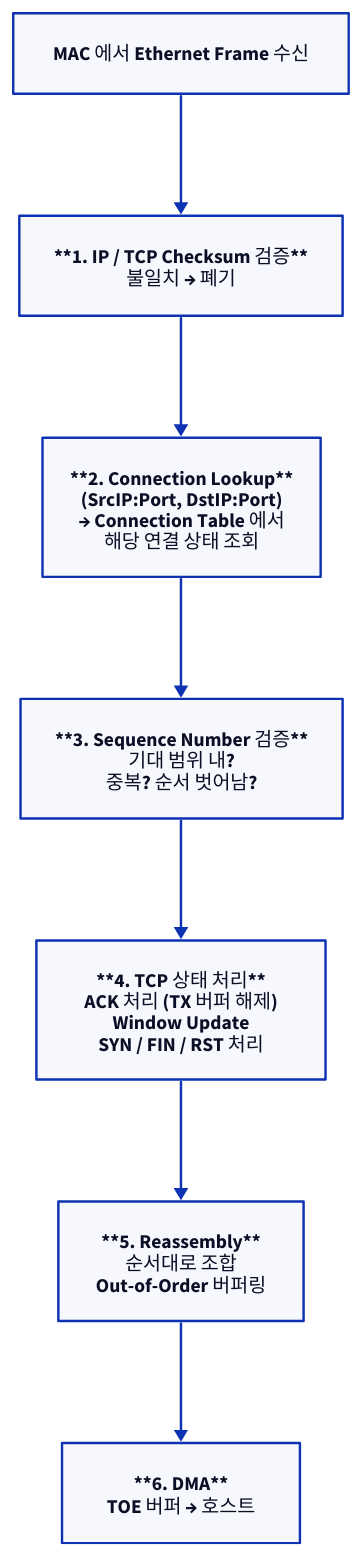
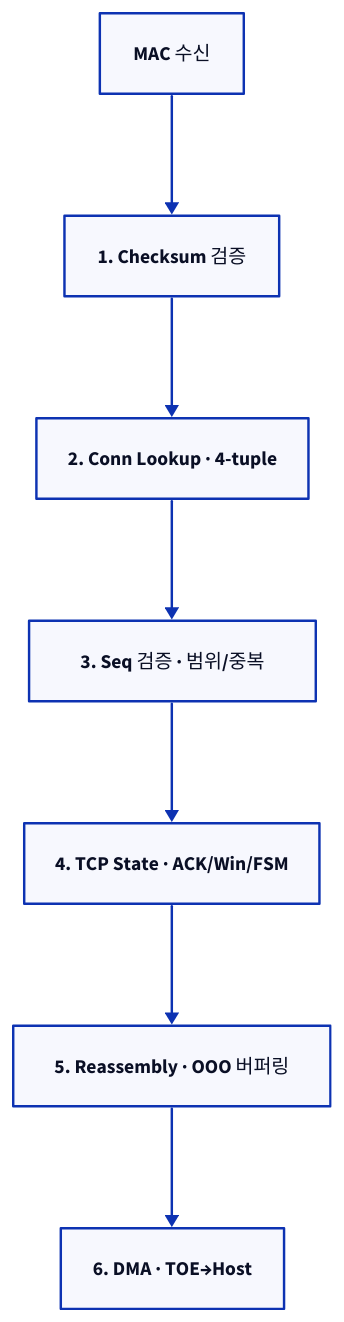
The fifth of 9 diagrams in topics/toe/docs/02_toe_architecture.md (humbleowl39/DV_SKOOL), drawn with D2 before and after one commit. The commit also changed other lines of this file and 90 other files, not shown here.

First line of the commit message:
docs: 전 토픽 다이어그램 정비 — ASCII→D2, mermaid→D2, 과대 D2 가시성 수정

````diff
--- a/topics/toe/docs/02_toe_architecture.md
+++ b/topics/toe/docs/02_toe_architecture.md
@@ -236,17 +236,17 @@
 ```d2
 direction: down
 
-MAC: "MAC 에서 Ethernet Frame 수신"
-R1: "**1. IP / TCP Checksum 검증**\n불일치 → 폐기"
-R2: "**2. Connection Lookup**\n(SrcIP:Port, DstIP:Port)\n→ Connection Table 에서\n해당 연결 상태 조회"
-R3: "**3. Sequence Number 검증**\n기대 범위 내?\n중복? 순서 벗어남?"
-R4: "**4. TCP 상태 처리**\nACK 처리 (TX 버퍼 해제)\nWindow Update\nSYN / FIN / RST 처리"
-R5: "**5. Reassembly**\n순서대로 조합\nOut-of-Order 버퍼링"
-R6: "**6. DMA**\nTOE 버퍼 → 호스트"
+MAC: "MAC 수신"
+R1: "1. Checksum 검증"
+R2: "2. Conn Lookup · 4-tuple"
+R3: "3. Seq 검증 · 범위/중복"
+R4: "4. TCP State · ACK/Win/FSM"
+R5: "5. Reassembly · OOO 버퍼링"
+R6: "6. DMA · TOE→Host"
 MAC -> R1
 R1 -> R2
 R2 -> R3
 R3 -> R4
 R4 -> R5
 R5 -> R6
 ```
````
